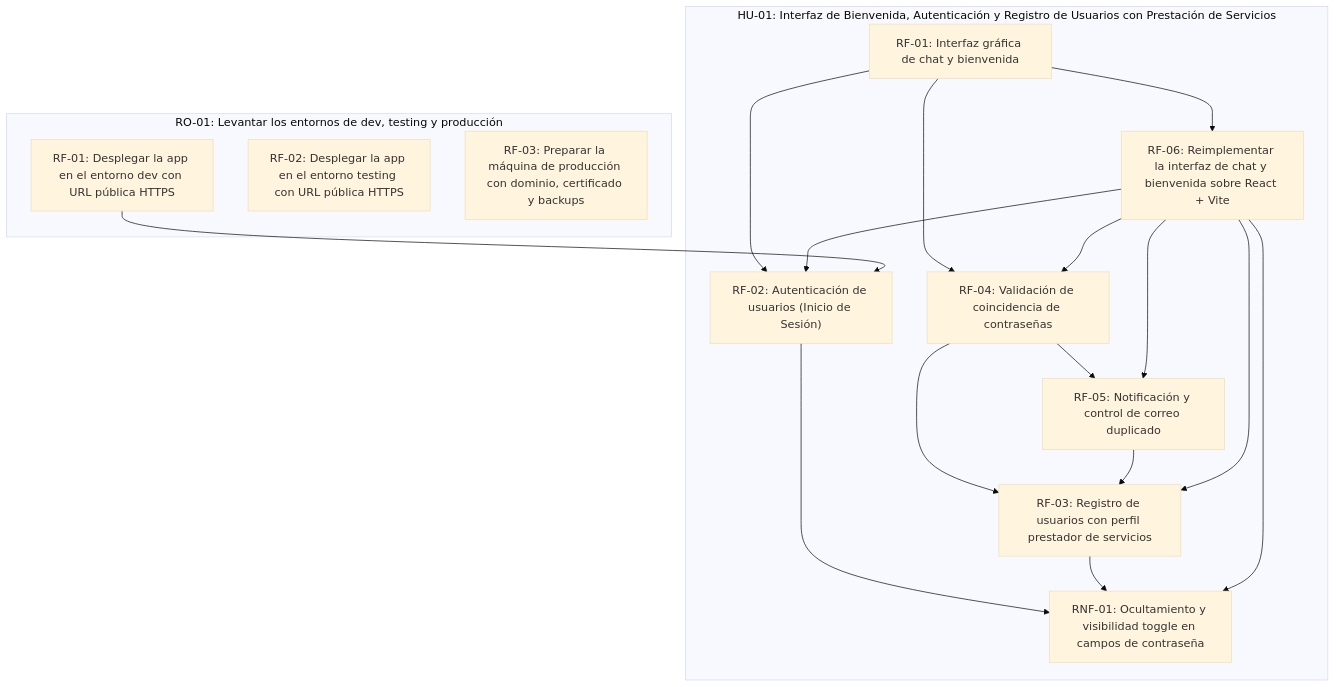
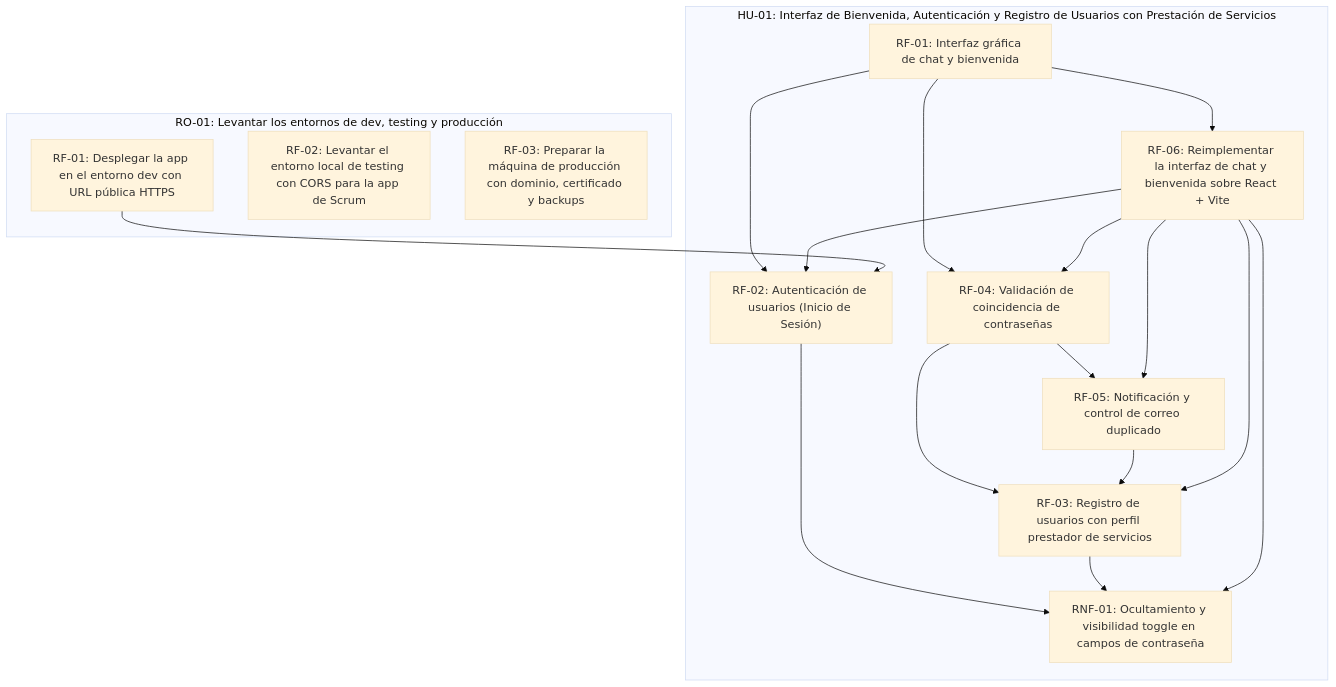
The diagram in scrumDocs/grafo.md (fiemcasals/refactoryProfesionales), drawn with Mermaid (base theme) before and after one commit. The commit also changed other lines of this file, not shown here.

Commit message:
Auto-publish: actualiza scrumDocs/grafo.md

````diff
--- a/scrumDocs/grafo.md
+++ b/scrumDocs/grafo.md
@@ -5,31 +5,31 @@
 ```mermaid
 graph TD
   subgraph US_1785510643692["HU-01: Interfaz de Bienvenida, Autenticación y Registro de Usuarios con Prestación de Servicios"]
     REQ_1785771199977["RF-01: Interfaz gráfica de chat y bienvenida"]
     REQ_1785771214294["RF-02: Autenticación de usuarios (Inicio de Sesión)"]
     REQ_1785771214393["RF-03: Registro de usuarios con perfil prestador de servicios"]
     REQ_1785771214462["RF-04: Validación de coincidencia de contraseñas"]
     REQ_1785771214528["RF-05: Notificación y control de correo duplicado"]
     REQ_1785771214595["RNF-01: Ocultamiento y visibilidad toggle en campos de contraseña"]
     REQ_1790685849827["RF-06: Reimplementar la interfaz de chat y bienvenida sobre React + Vite"]
   end
   subgraph US_1790688869961["RO-01: Levantar los entornos de dev, testing y producción"]
     REQ_1790688869968["RF-01: Desplegar la app en el entorno dev con URL pública HTTPS"]
-    REQ_1790688952068["RF-02: Desplegar la app en el entorno testing con URL pública HTTPS"]
+    REQ_1790688952068["RF-02: Levantar el entorno local de testing con CORS para la app de Scrum"]
     REQ_1790688965165["RF-03: Preparar la máquina de producción con dominio, certificado y backups"]
   end
   REQ_1785771199977 --> REQ_1785771214294
   REQ_1790685849827 --> REQ_1785771214294
   REQ_1790688869968 --> REQ_1785771214294
   REQ_1785771214462 --> REQ_1785771214393
   REQ_1785771214528 --> REQ_1785771214393
   REQ_1790685849827 --> REQ_1785771214393
   REQ_1785771199977 --> REQ_1785771214462
   REQ_1790685849827 --> REQ_1785771214462
   REQ_1785771214462 --> REQ_1785771214528
   REQ_1790685849827 --> REQ_1785771214528
   REQ_1785771214294 --> REQ_1785771214595
   REQ_1785771214393 --> REQ_1785771214595
   REQ_1790685849827 --> REQ_1785771214595
   REQ_1785771199977 --> REQ_1790685849827
 ```
````
